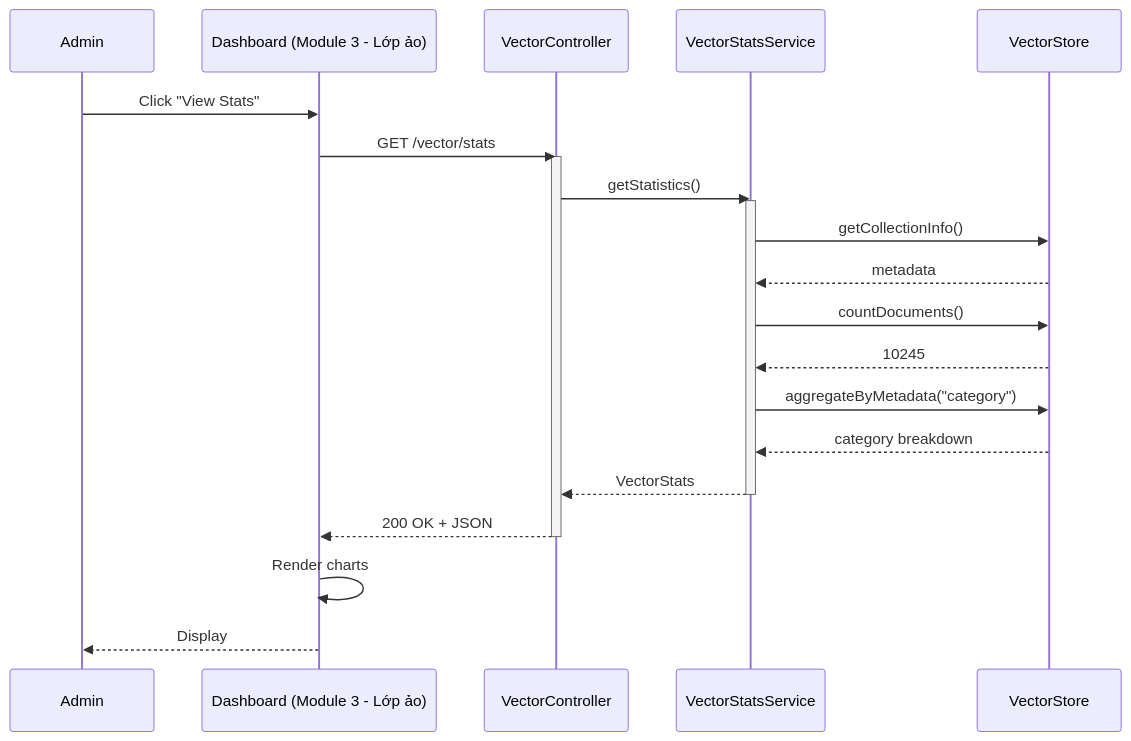
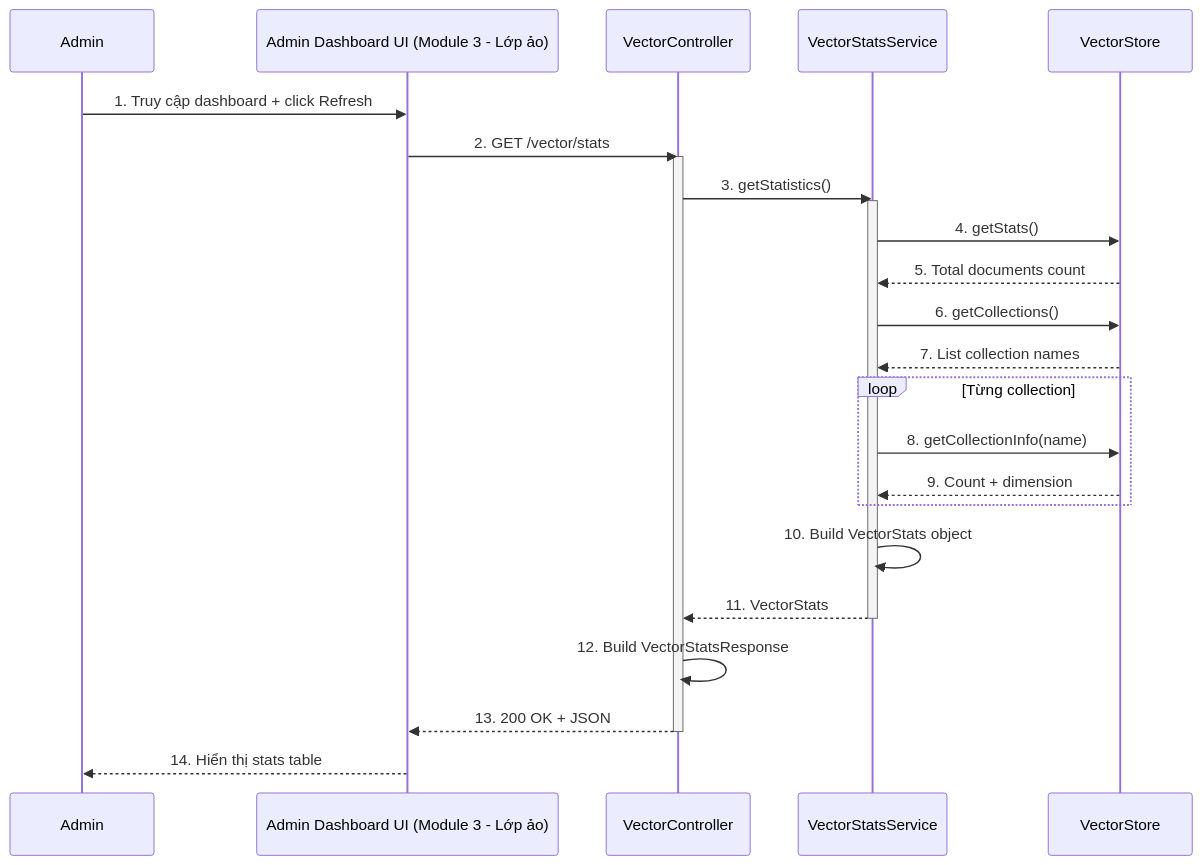
Before and after one commit to tvanle/Module2-HTTM: diagram 15 of 18 in README.md, drawn with Mermaid. The commit also changed other lines of this file, not shown here.

````diff
--- a/README.md
+++ b/README.md
@@ -834,33 +1402,35 @@
 ```mermaid
 sequenceDiagram
     participant Admin as Admin
-    participant AdminUI as Dashboard (Module 3 - Lớp ảo)
-    participant Ctrl as VectorController
-    participant Stats as VectorStatsService
+    participant AdminUI as Admin Dashboard UI (Module 3 - Lớp ảo)
+    participant Controller as VectorController
+    participant Service as VectorStatsService
     participant VDB as VectorStore
 
-    Admin->>AdminUI: Click "View Stats"
-    AdminUI->>Ctrl: GET /vector/stats
-    activate Ctrl
+    Admin->>AdminUI: 1. Truy cập dashboard + click Refresh
+    AdminUI->>Controller: 2. GET /vector/stats
+    activate Controller
 
-    Ctrl->>Stats: getStatistics()
-    activate Stats
+    Controller->>Service: 3. getStatistics()
+    activate Service
 
-    Stats->>VDB: getCollectionInfo()
-    VDB-->>Stats: metadata
+    Service->>VDB: 4. getStats()
+    VDB-->>Service: 5. Total documents count
 
-    Stats->>VDB: countDocuments()
-    VDB-->>Stats: 10245
+    Service->>VDB: 6. getCollections()
+    VDB-->>Service: 7. List collection names
 
-    Stats->>VDB: aggregateByMetadata("category")
-    VDB-->>Stats: category breakdown
+    loop Từng collection
+        Service->>VDB: 8. getCollectionInfo(name)
+        VDB-->>Service: 9. Count + dimension
+    end
 
-    Stats-->>Ctrl: VectorStats
-    deactivate Stats
+    Service->>Service: 10. Build VectorStats object
+    Service-->>Controller: 11. VectorStats
+    deactivate Service
 
-    Ctrl-->>AdminUI: 200 OK + JSON
-    deactivate Ctrl
-
-    AdminUI->>AdminUI: Render charts
-    AdminUI-->>Admin: Display
+    Controller->>Controller: 12. Build VectorStatsResponse
+    Controller-->>AdminUI: 13. 200 OK + JSON
+    deactivate Controller
+    AdminUI-->>Admin: 14. Hiển thị stats table
 ```
````
